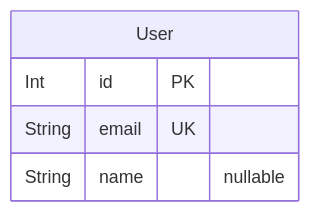
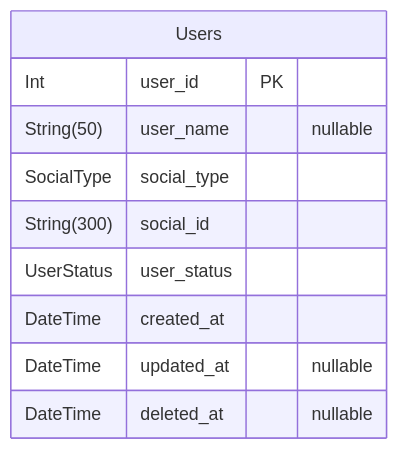
The second of 2 diagrams in prisma/ERD.md (723poil/nestjs-fastify-practice), drawn with Mermaid before and after one commit. The commit also changed other lines of this file and 13 other files, not shown here.

Commit message:
add DB ERD (incomplete)

````diff
--- a/prisma/ERD.md
+++ b/prisma/ERD.md
@@ -38,8 +52,13 @@
 ```mermaid
 erDiagram
-"User" {
-  Int id PK
-  String email UK
-  String name "nullable"
+"Users" {
+  Int user_id PK
+  String(50) user_name "nullable"
+  SocialType social_type
+  String(300) social_id
+  UserStatus user_status
+  DateTime created_at
+  DateTime updated_at "nullable"
+  DateTime deleted_at "nullable"
 }
 ```
````
